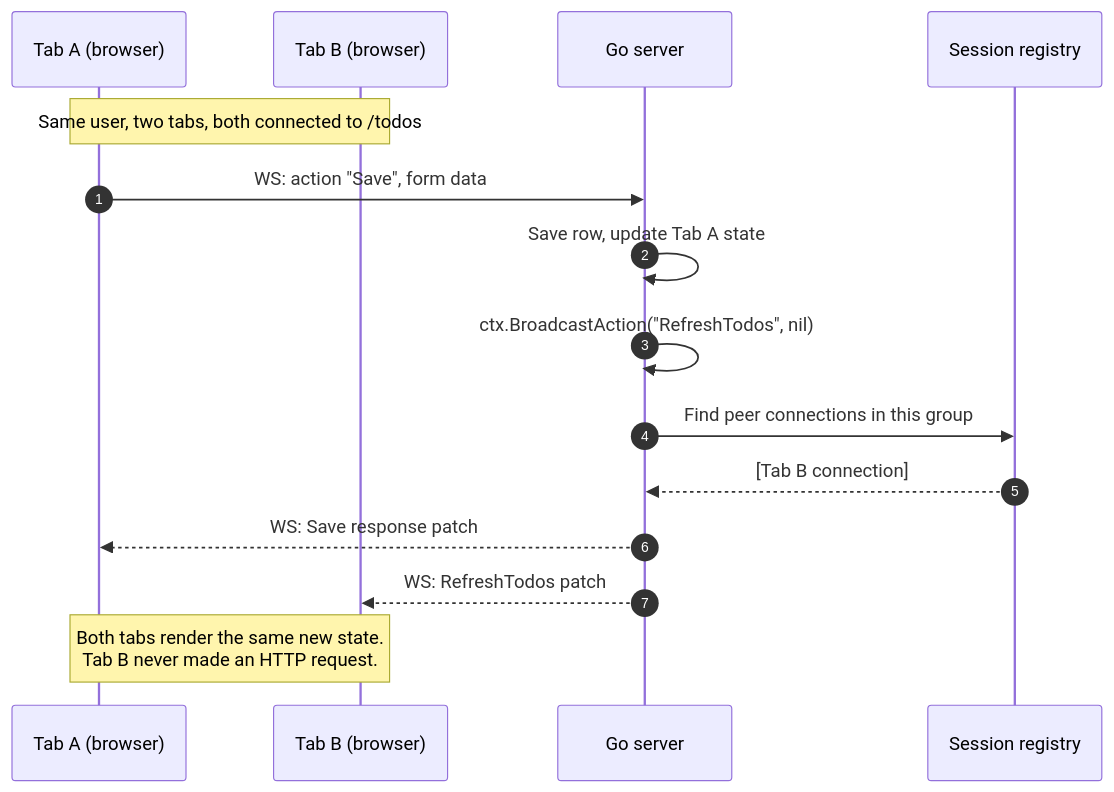
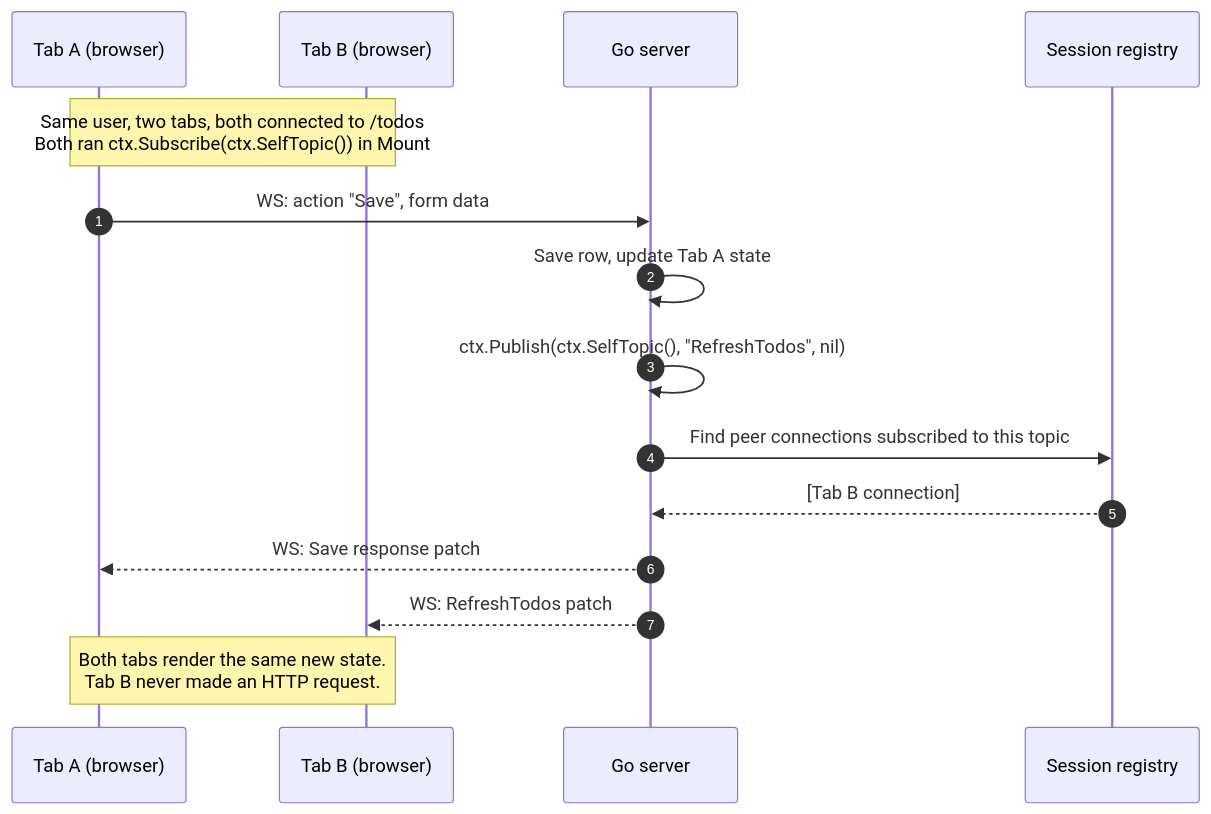
Before and after one commit to livetemplate/docs: the diagram in content/recipes/sync-and-broadcast.md, drawn with Mermaid. The commit also changed other lines of this file and 12 other files, not shown here.

First line of the commit message:
feat(recipes)!: Phase 6 — migrate recipes + _app code to Subscribe/Publish (livetemplate v0.10.0)

````diff
--- a/content/recipes/sync-and-broadcast.md
+++ b/content/recipes/sync-and-broadcast.md
@@ -22,18 +22,18 @@
 ```mermaid
 sequenceDiagram
     autonumber
     participant TabA as Tab A (browser)
     participant TabB as Tab B (browser)
     participant Server as Go server
     participant Sessions as Session registry
 
-    Note over TabA,TabB: Same user, two tabs, both connected to /todos
+    Note over TabA,TabB: Same user, two tabs, both connected to /todos<br/>Both ran ctx.Subscribe(ctx.SelfTopic()) in Mount
     TabA->>Server: WS: action "Save", form data
     Server->>Server: Save row, update Tab A state
-    Server->>Server: ctx.BroadcastAction("RefreshTodos", nil)
-    Server->>Sessions: Find peer connections in this group
+    Server->>Server: ctx.Publish(ctx.SelfTopic(), "RefreshTodos", nil)
+    Server->>Sessions: Find peer connections subscribed to this topic
     Sessions-->>Server: [Tab B connection]
     Server-->>TabA: WS: Save response patch
     Server-->>TabB: WS: RefreshTodos patch
     Note over TabA,TabB: Both tabs render the same new state. <br/>Tab B never made an HTTP request.
 ```
````
